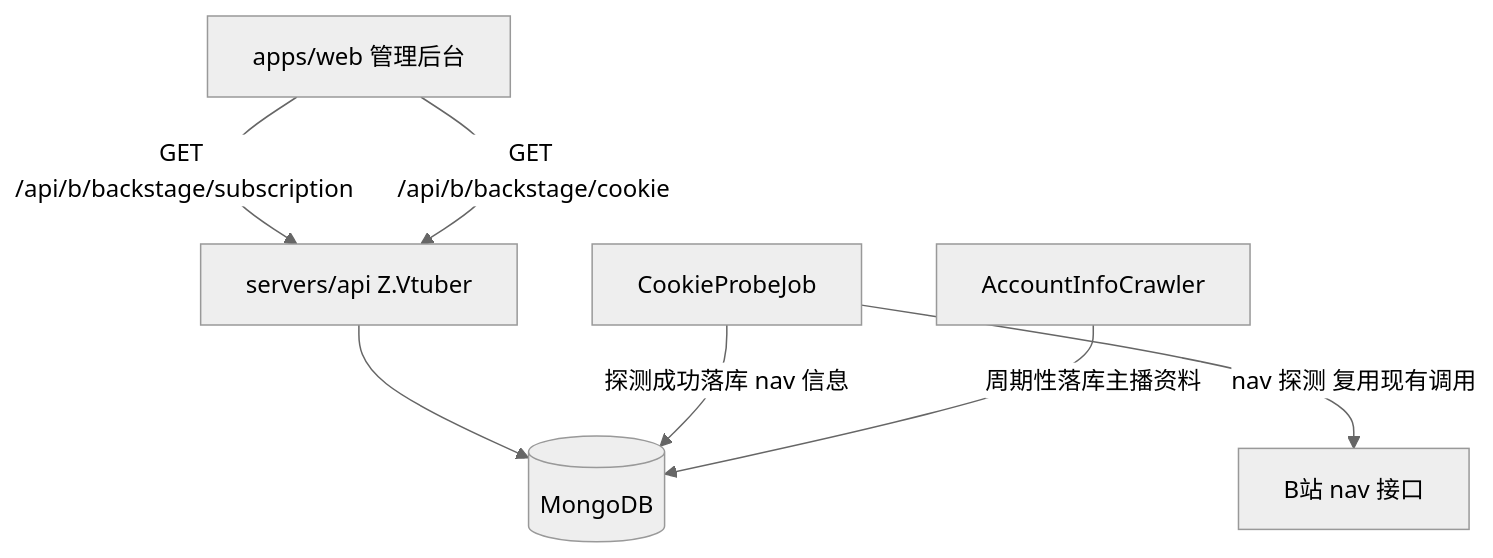
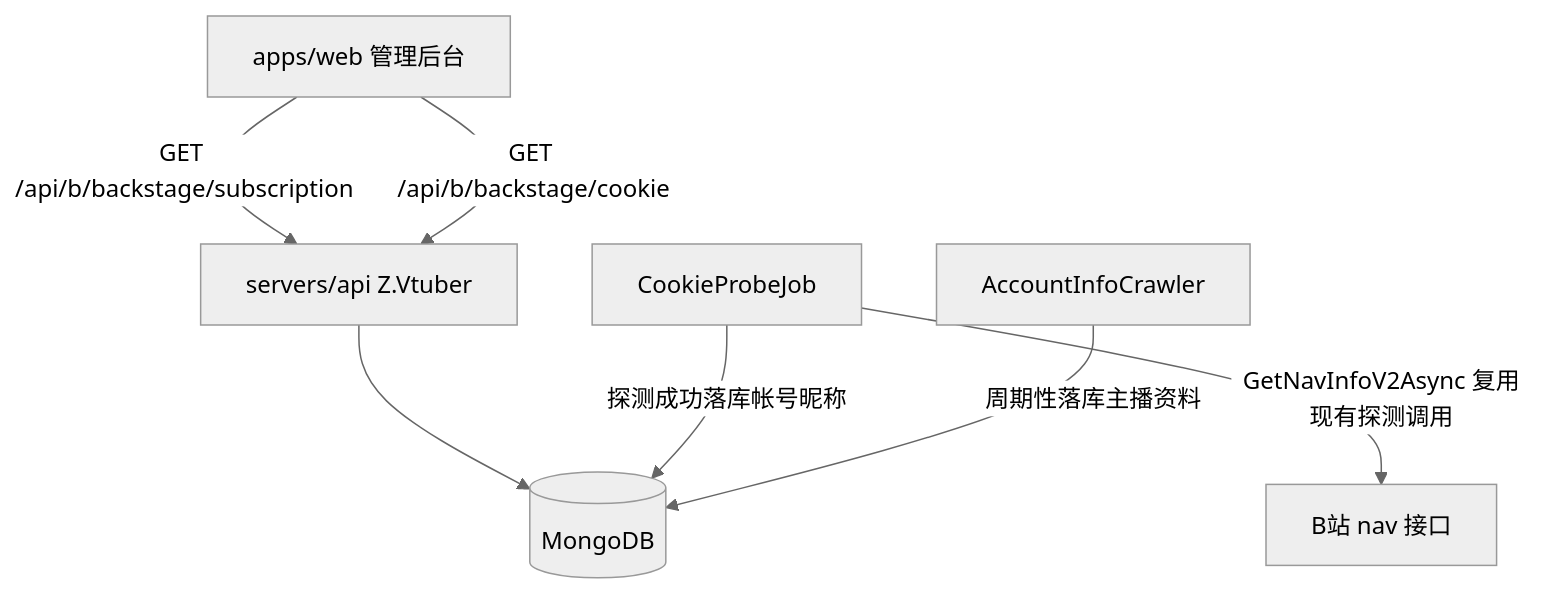
Before and after one commit to Deliay/z-vtuber: the first of 3 diagrams in docs/engineering/proposals/20260828-proposal-backstage-data-aggregation.md, drawn with Mermaid (neutral theme). The commit also changed other lines of this file and 1 other file, not shown here.

Commit message:
docs: 返工修订——Cookie 帐号信息使用 GetNavInfoV2 落库，列表仅展示昵称

````diff
--- a/docs/engineering/proposals/20260828-proposal-backstage-data-aggregation.md
+++ b/docs/engineering/proposals/20260828-proposal-backstage-data-aggregation.md
@@ -46,9 +50,9 @@
 ```mermaid
 graph TD
     Web[apps/web 管理后台] -->|GET /api/b/backstage/subscription| API[servers/api Z.Vtuber]
     Web -->|GET /api/b/backstage/cookie| API
     API --> M[(MongoDB)]
-    Probe[CookieProbeJob] -->|nav 探测 复用现有调用| BILI[B站 nav 接口]
-    Probe -->|探测成功落库 nav 信息| M
+    Probe[CookieProbeJob] -->|GetNavInfoV2Async 复用现有探测调用| BILI[B站 nav 接口]
+    Probe -->|探测成功落库帐号昵称| M
     Crawler[AccountInfoCrawler] -->|周期性落库主播资料| M
 ```
````
